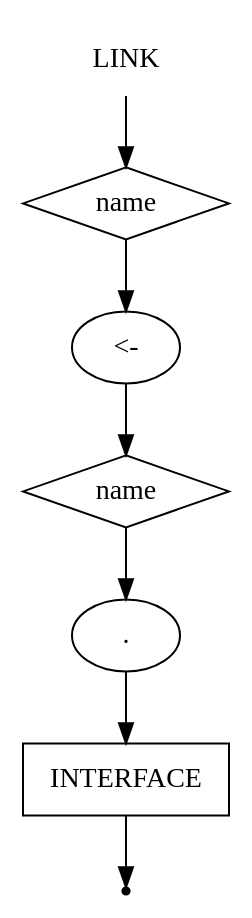
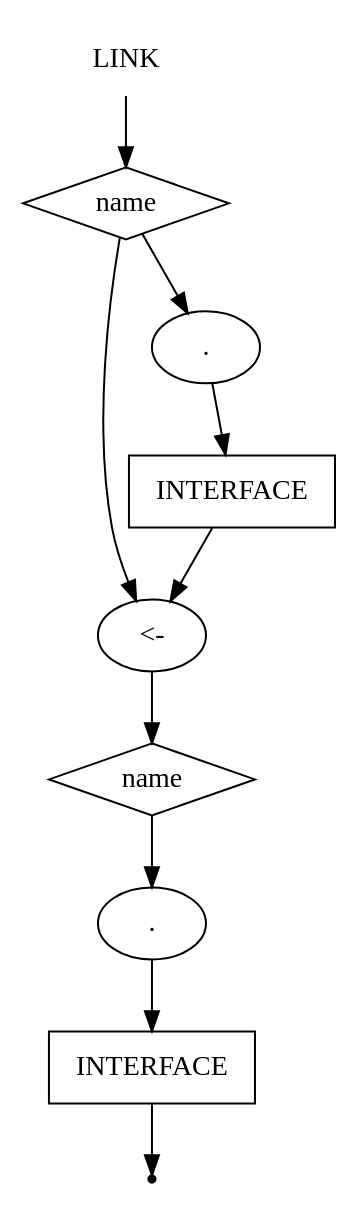
One commit to AnsKaz-yu/CIAO-V.3 changed the diagram in ciao_gv/link.gv. Above: the diagram before and after it, drawn with Graphviz. The commit also changed 9 other files, not shown here.

Commit message:
edit virt diagram

```diff
--- a/ciao_gv/link.gv
+++ b/ciao_gv/link.gv
@@ -1,15 +1,20 @@
 digraph LINK {
     start [label=LINK shape=plaintext]
     A [label=name shape=diamond]
     B [label="<-" shape=oval]
     C [label=name shape=diamond]
     D [label="." shape=oval]
     E [label=INTERFACE shape=box]
+    F [label="." shape=oval]
+    G [label=INTERFACE shape=box]
     end [label="" shape=point]
     start -> A
     A -> B
+    A -> F
+    F -> G
+    G -> B
     B -> C
     C -> D
     D -> E
     E -> end
 }
```
